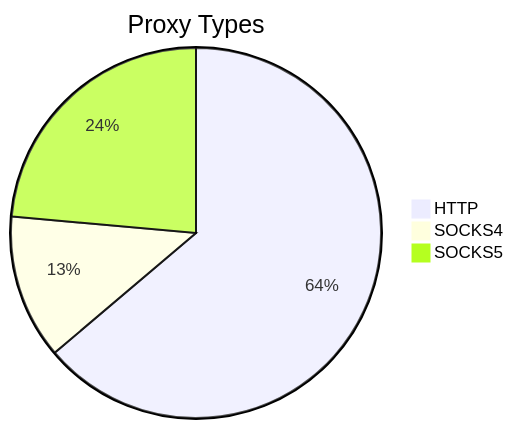
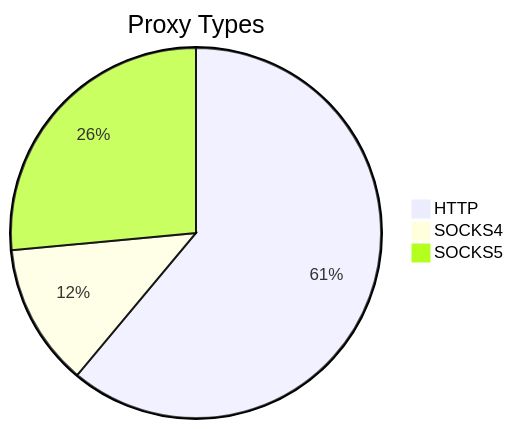
Before and after one commit to stormsia/proxy-list: the first of 2 diagrams in README.md, drawn with Mermaid. The commit also changed other lines of this file, not shown here.

````diff
--- a/README.md
+++ b/README.md
@@ -21,6 +21,6 @@
 ```mermaid
 pie title Proxy Types
-    "HTTP" : 268
-    "SOCKS4" : 53
-    "SOCKS5" : 99
+    "HTTP" : 226
+    "SOCKS4" : 46
+    "SOCKS5" : 98
 ```
````
